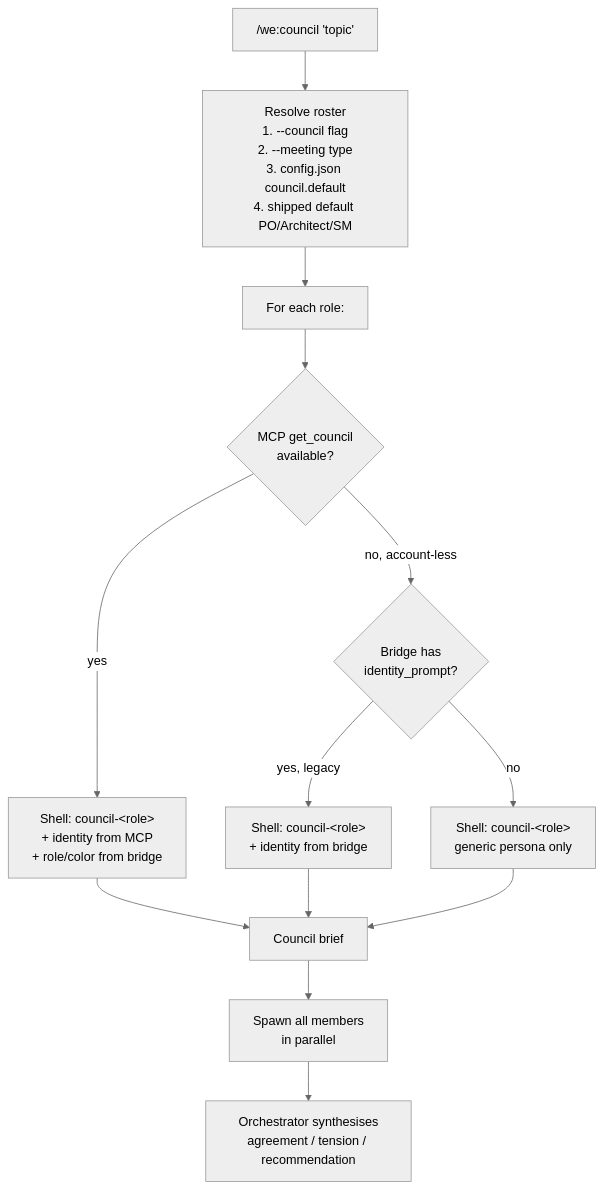
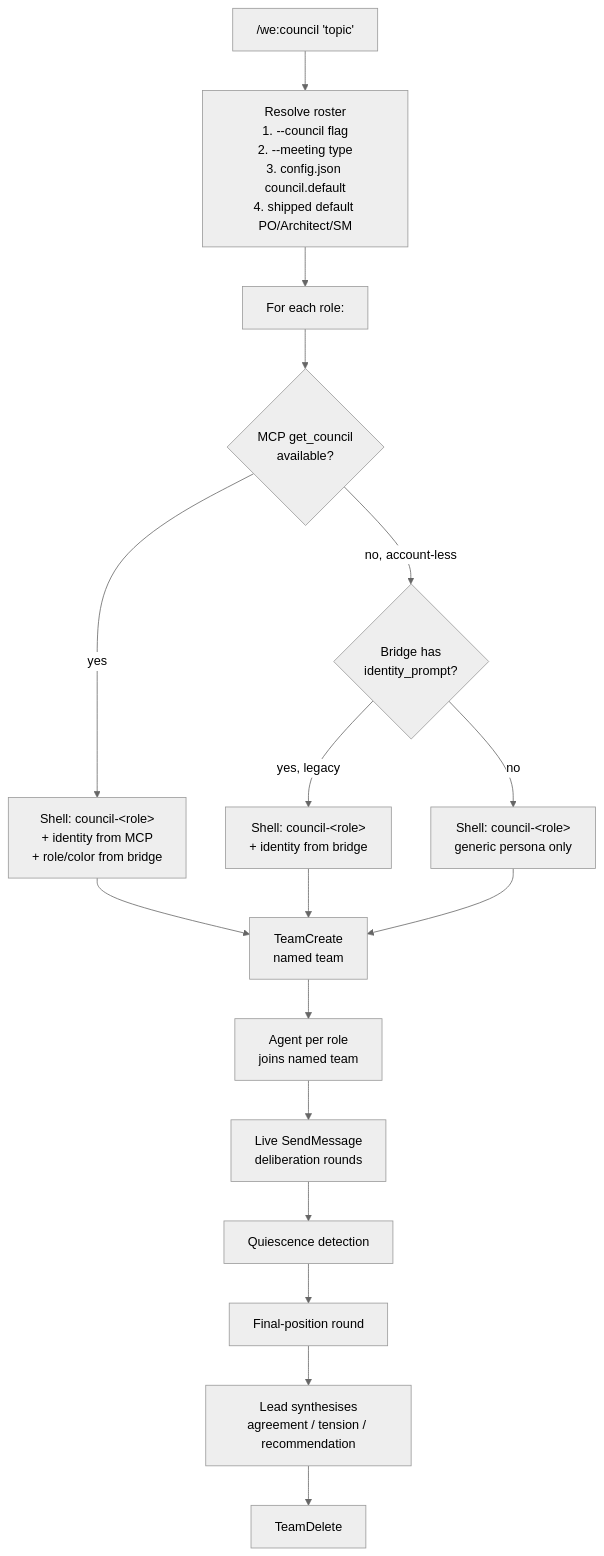
Before and after one commit to weside-ai/claude-code-plugin: the diagram in docs/concepts/companion-framework.md, drawn with Mermaid (neutral theme). The commit also changed other lines of this file and 36 other files, not shown here.

````diff
--- a/docs/concepts/companion-framework.md
+++ b/docs/concepts/companion-framework.md
@@ -89,15 +89,19 @@
 ```mermaid
 flowchart TD
     Topic["/we:council 'topic'"] --> Roster[Resolve roster<br/>1. --council flag<br/>2. --meeting type<br/>3. config.json council.default<br/>4. shipped default PO/Architect/SM]
     Roster --> Loop[For each role:]
     Loop --> MCP{MCP get_council<br/>available?}
     MCP -->|yes| Combine[Shell: council-&lt;role&gt;<br/>+ identity from MCP<br/>+ role/color from bridge]
     MCP -->|no, account-less| FatBridge{Bridge has<br/>identity_prompt?}
     FatBridge -->|yes, legacy| BridgeOnly[Shell: council-&lt;role&gt;<br/>+ identity from bridge]
     FatBridge -->|no| Generic[Shell: council-&lt;role&gt;<br/>generic persona only]
-    Combine --> Brief[Council brief]
-    BridgeOnly --> Brief
-    Generic --> Brief
-    Brief --> Spawn[Spawn all members<br/>in parallel]
-    Spawn --> Synth[Orchestrator synthesises<br/>agreement / tension / recommendation]
+    Combine --> Team[TeamCreate<br/>named team]
+    BridgeOnly --> Team
+    Generic --> Team
+    Team --> Agents[Agent per role<br/>joins named team]
+    Agents --> Live[Live SendMessage<br/>deliberation rounds]
+    Live --> Quiesce[Quiescence detection]
+    Quiesce --> Final[Final-position round]
+    Final --> Synth[Lead synthesises<br/>agreement / tension / recommendation]
+    Synth --> Cleanup[TeamDelete]
 ```
````
